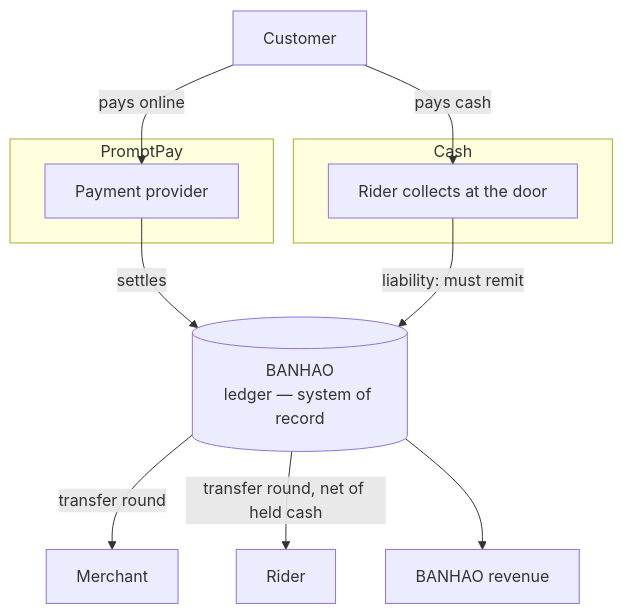
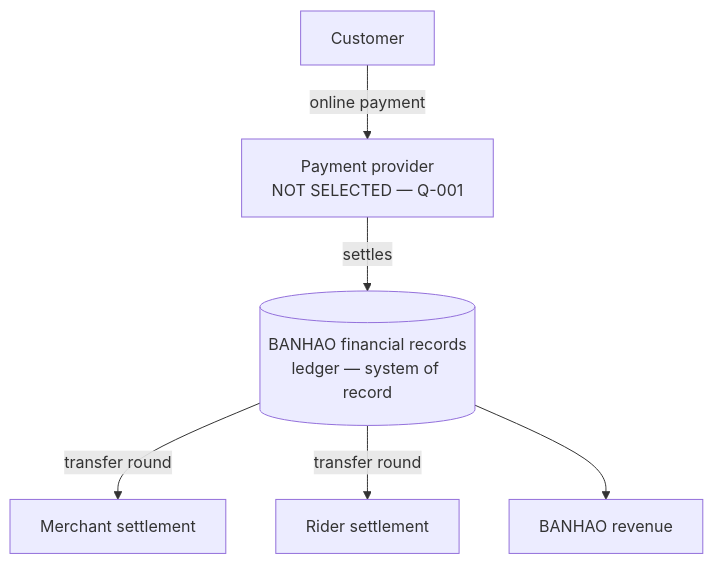
One commit to kmandev/banhao-design changed the first of 2 diagrams in docs/SETTLEMENT_MODEL.md. Above: the diagram before and after it, drawn with Mermaid. The commit also changed other lines of this file and 18 other files, not shown here.

````diff
--- a/docs/SETTLEMENT_MODEL.md
+++ b/docs/SETTLEMENT_MODEL.md
@@ -36,22 +45,15 @@
 ```mermaid
 flowchart TD
     C[Customer]
-    subgraph online [PromptPay]
-        P[Payment provider]
-    end
-    subgraph cash [Cash]
-        R1[Rider collects at the door]
-    end
-    B[(BANHAO<br/>ledger — system of record)]
-    M[Merchant]
-    R[Rider]
+    P[Payment provider<br/>NOT SELECTED — Q-001]
+    B[(BANHAO financial records<br/>ledger — system of record)]
+    M[Merchant settlement]
+    R[Rider settlement]
     F[BANHAO revenue]
 
-    C -->|pays online| P
+    C -->|online payment| P
     P -->|settles| B
-    C -->|pays cash| R1
-    R1 -->|liability: must remit| B
     B -->|transfer round| M
-    B -->|transfer round, net of held cash| R
+    B -->|transfer round| R
     B --> F
 ```
````
